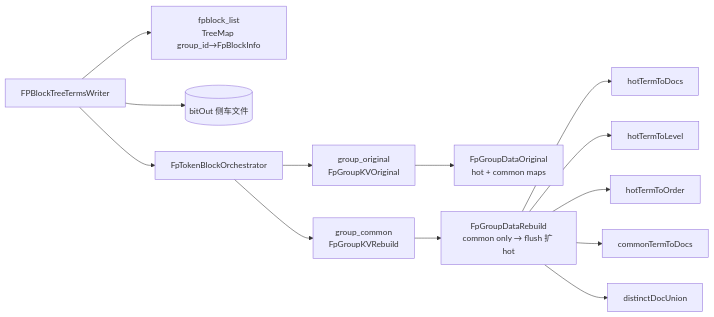
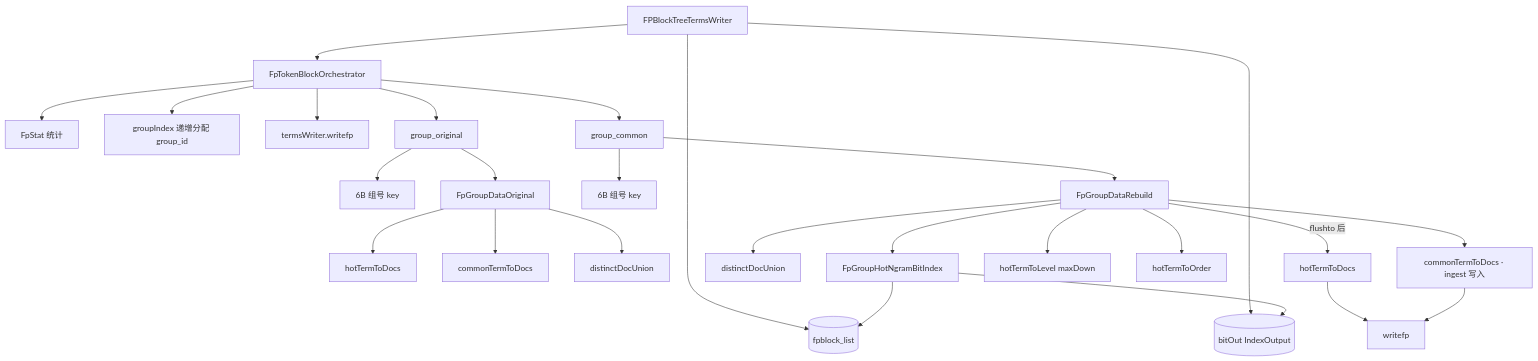
Diagram 13 of 16 in README.md (muqingyu2015/fptoken), drawn with Mermaid before and after one commit. The commit also changed other lines of this file, not shown here.

Commit message:
流程图

````diff
--- a/README.md
+++ b/README.md
@@ -355,19 +456,32 @@
 ```mermaid
-flowchart LR
+flowchart TB
   FPW[FPBlockTreeTermsWriter]
-  FPW --> fpbl[fpblock_list<br/>TreeMap group_id→FpBlockInfo]
-  FPW --> bitOut[(bitOut 侧车文件)]
+  FPW --> fpbl[(fpblock_list)]
+  FPW --> bitOut[(bitOut IndexOutput)]
+  FPW --> Orch[FpTokenBlockOrchestrator]
 
-  Orch[FpTokenBlockOrchestrator]
-  FPW --> Orch
-  Orch --> gO[group_original<br/>FpGroupKVOriginal]
-  Orch --> gC[group_common<br/>FpGroupKVRebuild]
-  gO --> DO[FpGroupDataOriginal<br/>hot + common maps]
-  gC --> DR[FpGroupDataRebuild<br/>common only → flush 扩 hot]
+  Orch --> stat[FpStat 统计]
+  Orch --> gi[groupIndex 递增分配 group_id]
+  Orch --> tw[termsWriter.writefp]
+  Orch --> gO[group_original]
+  Orch --> gC[group_common]
 
-  DR --> H1[hotTermToDocs]
-  DR --> H2[hotTermToLevel]
-  DR --> H3[hotTermToOrder]
-  DR --> CM[commonTermToDocs]
-  DR --> DU[distinctDocUnion]
+  gO --> kO[6B 组号 key]
+  gO --> DO[FpGroupDataOriginal]
+  DO --> DOh[hotTermToDocs]
+  DO --> DOc[commonTermToDocs]
+  DO --> DOu[distinctDocUnion]
+
+  gC --> kC[6B 组号 key]
+  gC --> DR[FpGroupDataRebuild]
+  DR --> DRc[commonTermToDocs · ingest 写入]
+  DR --> DRu[distinctDocUnion]
+  DR -->|flushto 后| DRh[hotTermToDocs]
+  DR --> DRl[hotTermToLevel maxDown]
+  DR --> DRo[hotTermToOrder]
+  DRh --> WP[writefp]
+  DRc --> WP
+  DR --> BI[FpGroupHotNgramBitIndex]
+  BI --> fpbl
+  BI --> bitOut
 ```
````
